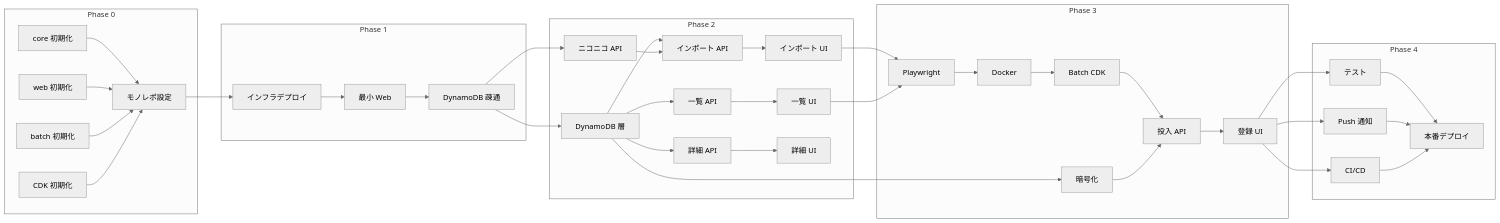
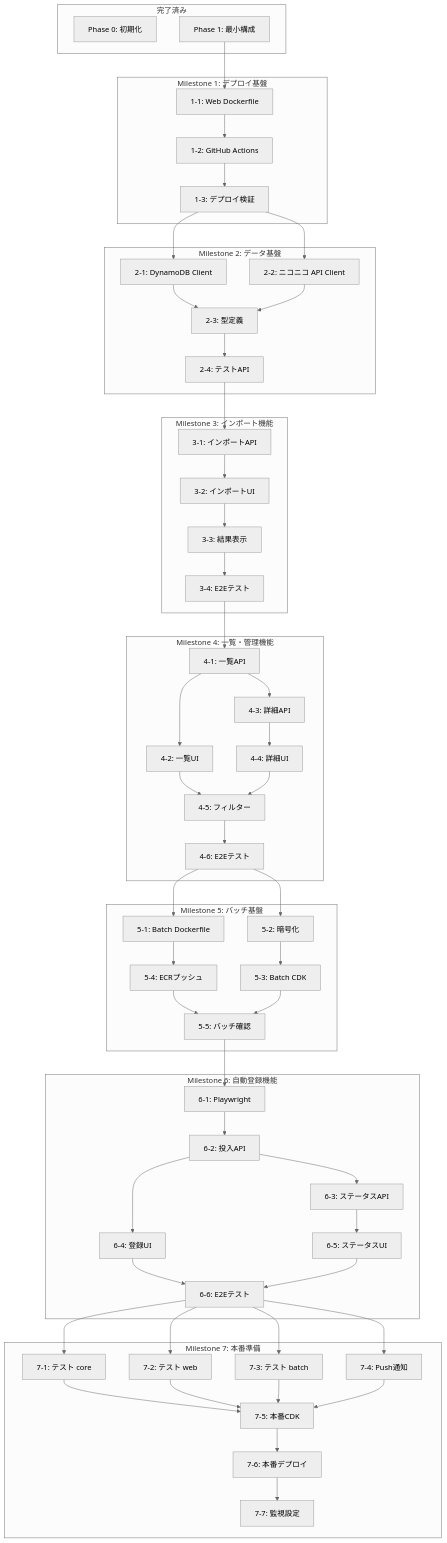
The diagram in tasks/niconico-mylist-assistant/roadmap.md (nagiyu/nagiyu-platform), drawn with Mermaid (neutral theme) before and after one commit. The commit also changed other lines of this file, not shown here.

````diff
--- a/tasks/niconico-mylist-assistant/roadmap.md
+++ b/tasks/niconico-mylist-assistant/roadmap.md
@@ -265,74 +575,112 @@
 ```mermaid
-graph LR
-    subgraph "Phase 0"
-        0-1a[core 初期化]
-        0-1b[web 初期化]
-        0-1c[batch 初期化]
-        0-1d[CDK 初期化]
-        0-2[モノレポ設定]
+graph TB
+    subgraph "完了済み"
+        P0[Phase 0: 初期化]
+        P1[Phase 1: 最小構成]
     end
 
-    subgraph "Phase 1"
-        1-1[インフラデプロイ]
-        1-2[最小 Web]
-        1-3[DynamoDB 疎通]
+    subgraph "Milestone 1: デプロイ基盤"
+        M1-1[1-1: Web Dockerfile]
+        M1-2[1-2: GitHub Actions]
+        M1-3[1-3: デプロイ検証]
     end
 
-    subgraph "Phase 2"
-        2-A1[DynamoDB 層]
-        2-A2[ニコニコ API]
-        2-B1[インポート API]
-        2-B2[一覧 API]
-        2-B3[詳細 API]
-        2-C1[インポート UI]
-        2-C2[一覧 UI]
-        2-C3[詳細 UI]
+    subgraph "Milestone 2: データ基盤"
+        M2-1[2-1: DynamoDB Client]
+        M2-2[2-2: ニコニコ API Client]
+        M2-3[2-3: 型定義]
+        M2-4[2-4: テストAPI]
     end
 
-    subgraph "Phase 3"
-        3-1[Playwright]
-        3-2[Docker]
-        3-3[Batch CDK]
-        3-4[投入 API]
-        3-5[登録 UI]
-        3-6[暗号化]
+    subgraph "Milestone 3: インポート機能"
+        M3-1[3-1: インポートAPI]
+        M3-2[3-2: インポートUI]
+        M3-3[3-3: 結果表示]
+        M3-4[3-4: E2Eテスト]
     end
 
-    subgraph "Phase 4"
-        4-D1[テスト]
-        4-D2[Push 通知]
-        4-D3[CI/CD]
-        4-E[本番デプロイ]
+    subgraph "Milestone 4: 一覧・管理機能"
+        M4-1[4-1: 一覧API]
+        M4-2[4-2: 一覧UI]
+        M4-3[4-3: 詳細API]
+        M4-4[4-4: 詳細UI]
+        M4-5[4-5: フィルター]
+        M4-6[4-6: E2Eテスト]
     end
 
-    0-1a --> 0-2
-    0-1b --> 0-2
-    0-1c --> 0-2
-    0-1d --> 0-2
-    0-2 --> 1-1
-    1-1 --> 1-2
-    1-2 --> 1-3
-    1-3 --> 2-A1
-    1-3 --> 2-A2
-    2-A1 --> 2-B1
-    2-A1 --> 2-B2
-    2-A1 --> 2-B3
-    2-A2 --> 2-B1
-    2-B1 --> 2-C1
-    2-B2 --> 2-C2
-    2-B3 --> 2-C3
-    2-C1 --> 3-1
-    2-C2 --> 3-1
-    3-1 --> 3-2
-    3-2 --> 3-3
-    3-3 --> 3-4
-    2-A1 --> 3-6
-    3-6 --> 3-4
-    3-4 --> 3-5
-    3-5 --> 4-D1
-    3-5 --> 4-D2
-    3-5 --> 4-D3
-    4-D1 --> 4-E
-    4-D2 --> 4-E
-    4-D3 --> 4-E
+    subgraph "Milestone 5: バッチ基盤"
+        M5-1[5-1: Batch Dockerfile]
+        M5-2[5-2: 暗号化]
+        M5-3[5-3: Batch CDK]
+        M5-4[5-4: ECRプッシュ]
+        M5-5[5-5: バッチ確認]
+    end
+
+    subgraph "Milestone 6: 自動登録機能"
+        M6-1[6-1: Playwright]
+        M6-2[6-2: 投入API]
+        M6-3[6-3: ステータスAPI]
+        M6-4[6-4: 登録UI]
+        M6-5[6-5: ステータスUI]
+        M6-6[6-6: E2Eテスト]
+    end
+
+    subgraph "Milestone 7: 本番準備"
+        M7-1[7-1: テスト core]
+        M7-2[7-2: テスト web]
+        M7-3[7-3: テスト batch]
+        M7-4[7-4: Push通知]
+        M7-5[7-5: 本番CDK]
+        M7-6[7-6: 本番デプロイ]
+        M7-7[7-7: 監視設定]
+    end
+
+    P1 --> M1-1
+    M1-1 --> M1-2
+    M1-2 --> M1-3
+
+    M1-3 --> M2-1
+    M1-3 --> M2-2
+    M2-1 --> M2-3
+    M2-2 --> M2-3
+    M2-3 --> M2-4
+
+    M2-4 --> M3-1
+    M3-1 --> M3-2
+    M3-2 --> M3-3
+    M3-3 --> M3-4
+
+    M3-4 --> M4-1
+    M4-1 --> M4-2
+    M4-1 --> M4-3
+    M4-3 --> M4-4
+    M4-2 --> M4-5
+    M4-4 --> M4-5
+    M4-5 --> M4-6
+
+    M4-6 --> M5-1
+    M4-6 --> M5-2
+    M5-1 --> M5-4
+    M5-2 --> M5-3
+    M5-4 --> M5-5
+    M5-3 --> M5-5
+
+    M5-5 --> M6-1
+    M6-1 --> M6-2
+    M6-2 --> M6-3
+    M6-2 --> M6-4
+    M6-3 --> M6-5
+    M6-4 --> M6-6
+    M6-5 --> M6-6
+
+    M6-6 --> M7-1
+    M6-6 --> M7-2
+    M6-6 --> M7-3
+    M6-6 --> M7-4
+    M7-1 --> M7-5
+    M7-2 --> M7-5
+    M7-3 --> M7-5
+    M7-4 --> M7-5
+    M7-5 --> M7-6
+    M7-6 --> M7-7
 ```
````
